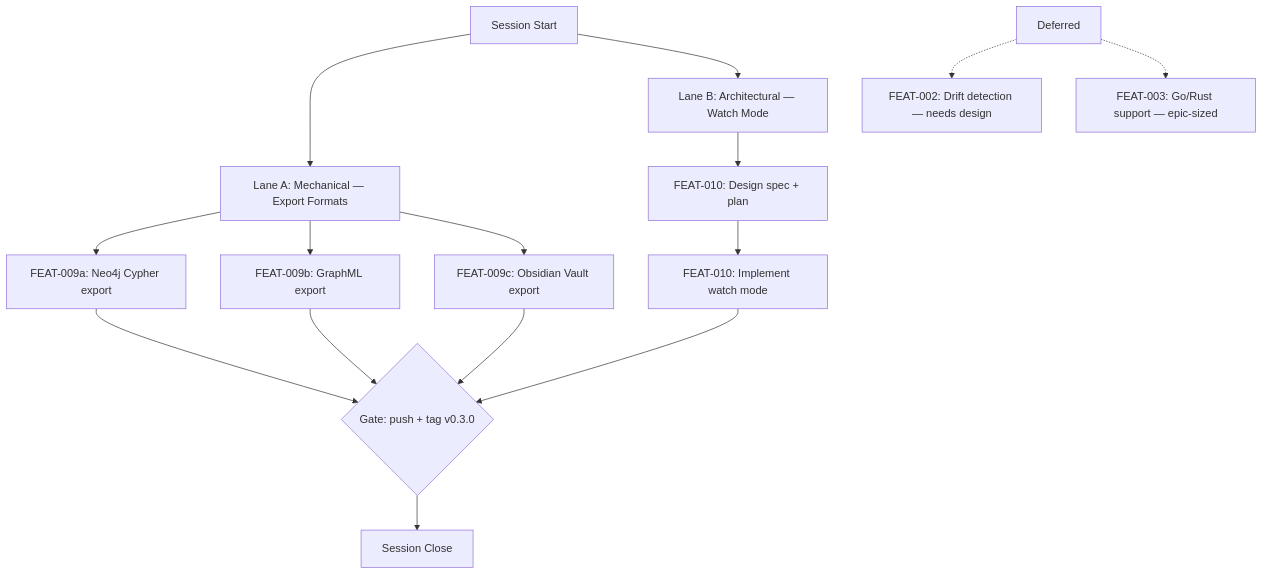
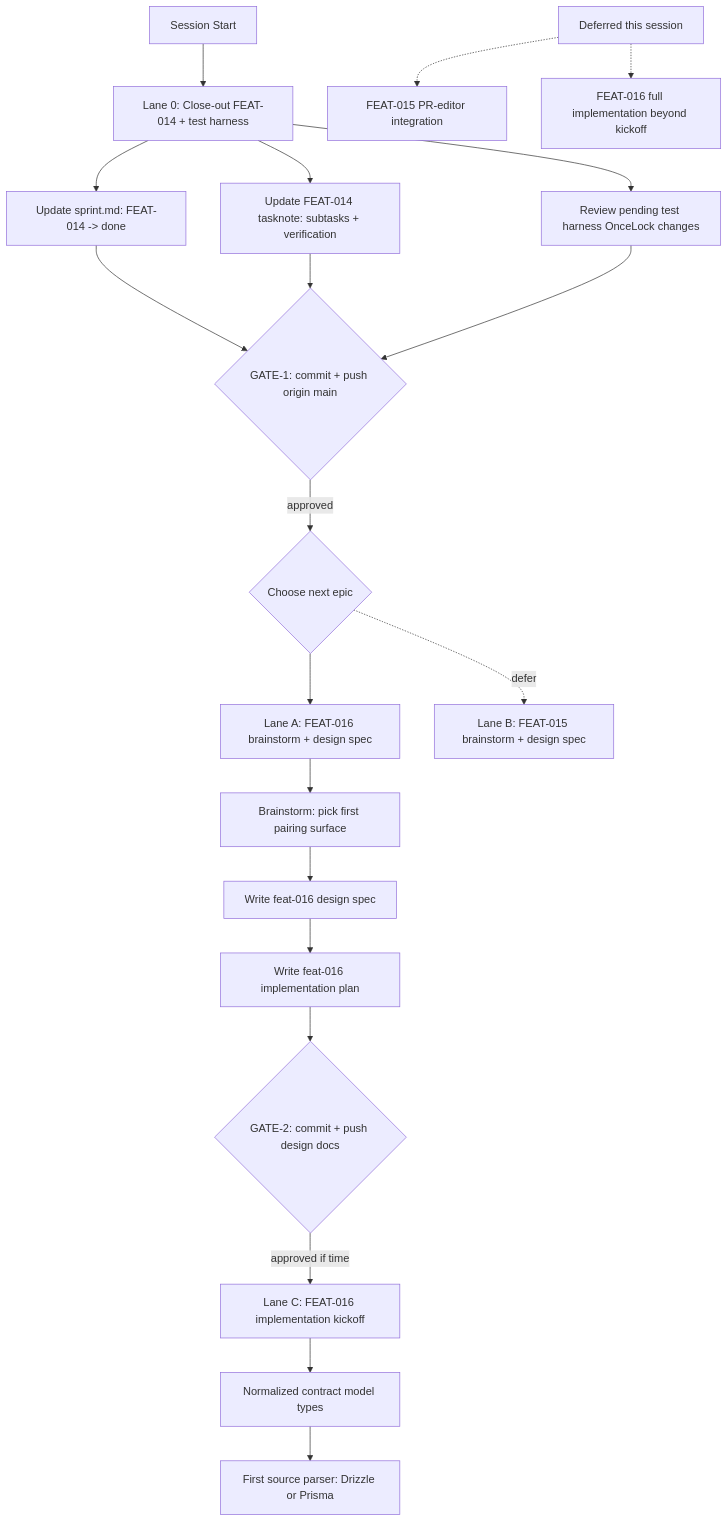
Before and after one commit to parisgroup-ai/graphify: the diagram in .claude/session-brief.md, drawn with Mermaid. The commit also changed other lines of this file, not shown here.

First line of the commit message:
chore: session 7 close-out note with FEAT-016 kickoff status

````diff
--- a/.claude/session-brief.md
+++ b/.claude/session-brief.md
@@ -8,20 +53,24 @@
 ```mermaid
 graph TD
-    START[Session Start] --> LANE_A[Lane A: Mechanical — Export Formats]
-    START --> LANE_B[Lane B: Architectural — Watch Mode]
-    
-    LANE_A --> A1[FEAT-009a: Neo4j Cypher export]
-    LANE_A --> A2[FEAT-009b: GraphML export]
-    LANE_A --> A3[FEAT-009c: Obsidian Vault export]
-    
-    A1 & A2 & A3 --> GATE1{Gate: push + tag v0.3.0}
-    
-    LANE_B --> B1[FEAT-010: Design spec + plan]
-    B1 --> B2[FEAT-010: Implement watch mode]
-    B2 --> GATE1
-    
-    GATE1 --> DONE[Session Close]
-    
-    DEFERRED[Deferred] -.-> D1[FEAT-002: Drift detection — needs design]
-    DEFERRED -.-> D2[FEAT-003: Go/Rust support — epic-sized]
+    START[Session Start] --> LANE_0[Lane 0: Close-out FEAT-014 + test harness]
+    LANE_0 --> T0A[Update sprint.md: FEAT-014 -> done]
+    LANE_0 --> T0B[Update FEAT-014 tasknote: subtasks + verification]
+    LANE_0 --> T0C[Review pending test harness OnceLock changes]
+    T0A & T0B & T0C --> GATE1{GATE-1: commit + push origin main}
+
+    GATE1 -->|approved| FORK{Choose next epic}
+    FORK --> LANE_A[Lane A: FEAT-016 brainstorm + design spec]
+    FORK -.defer.-> LANE_B[Lane B: FEAT-015 brainstorm + design spec]
+
+    LANE_A --> A1[Brainstorm: pick first pairing surface]
+    A1 --> A2[Write feat-016 design spec]
+    A2 --> A3[Write feat-016 implementation plan]
+    A3 --> GATE2{GATE-2: commit + push design docs}
+
+    GATE2 -->|approved if time| LANE_C[Lane C: FEAT-016 implementation kickoff]
+    LANE_C --> C1[Normalized contract model types]
+    C1 --> C2[First source parser: Drizzle or Prisma]
+
+    DEFERRED[Deferred this session] -.-> D1[FEAT-015 PR-editor integration]
+    DEFERRED -.-> D2[FEAT-016 full implementation beyond kickoff]
 ```
````
